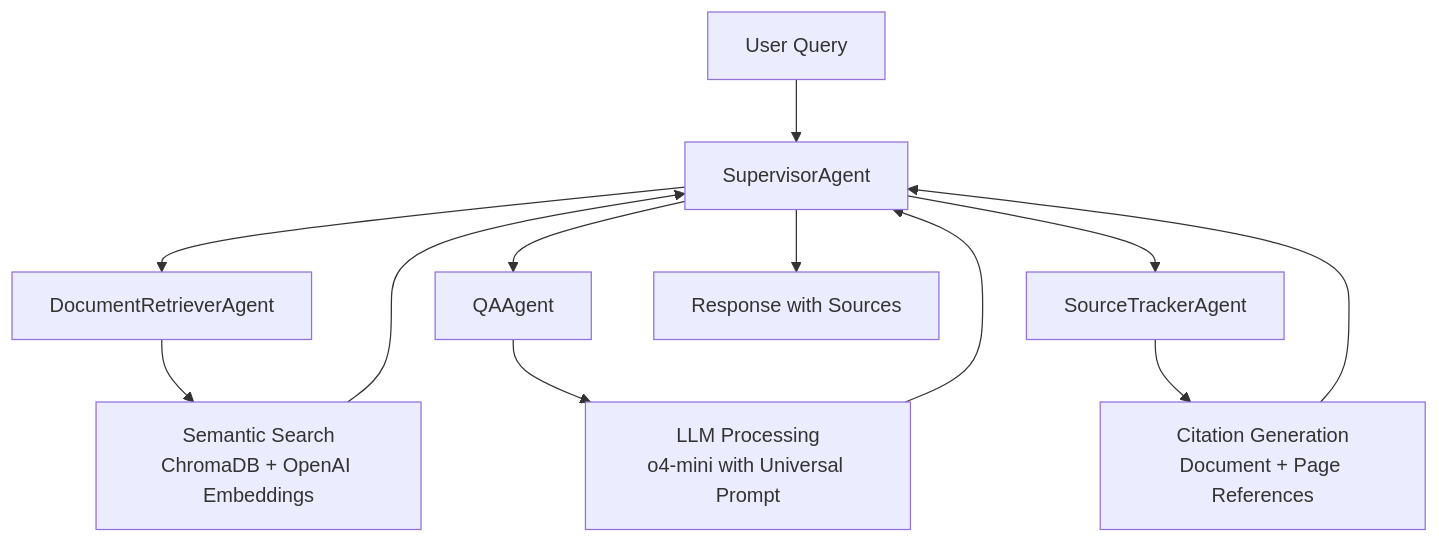
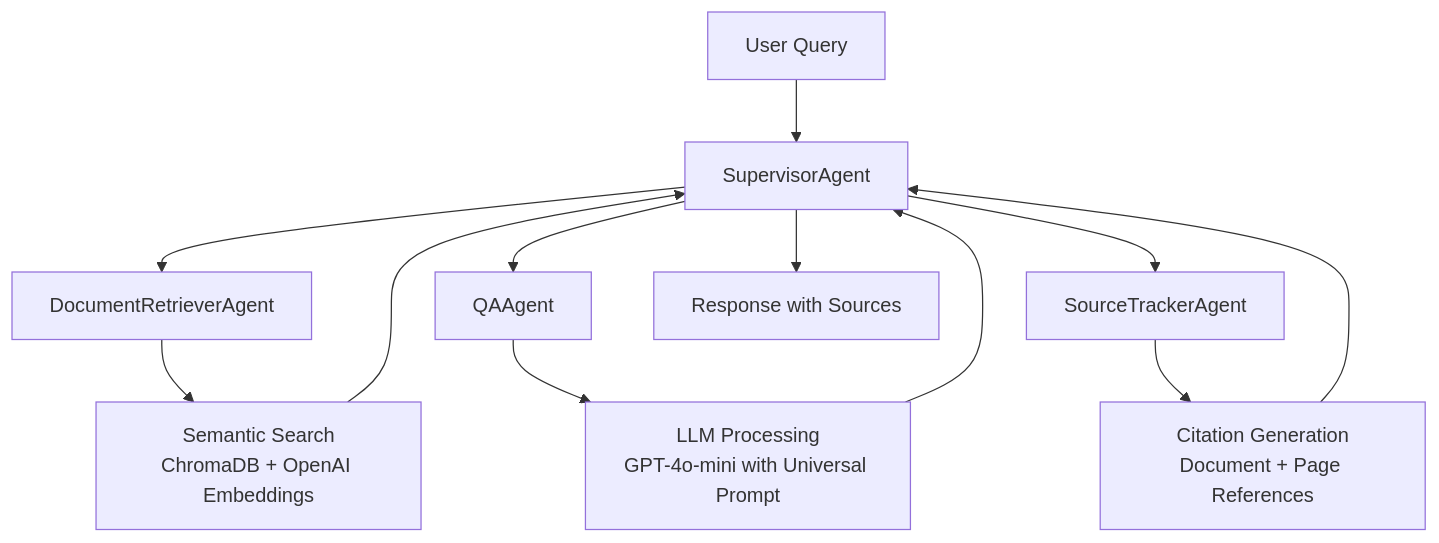
One commit to FethiOmur/LLMetrik changed the second of 3 diagrams in GrantSpider/README.md. Above: the diagram before and after it, drawn with Mermaid. The commit also changed other lines of this file and 28 other files, not shown here.

````diff
--- a/GrantSpider/README.md
+++ b/GrantSpider/README.md
@@ -21,14 +94,14 @@
 ```mermaid
 graph TD
     A[User Query] --> B[SupervisorAgent]
     B --> C[DocumentRetrieverAgent]
     C --> D[Semantic Search<br/>ChromaDB + OpenAI Embeddings]
     D --> B
     B --> E[QAAgent]
-    E --> F[LLM Processing<br/>o4-mini with Universal Prompt]
+    E --> F[LLM Processing<br/>GPT-4o-mini with Universal Prompt]
     F --> B
     B --> G[SourceTrackerAgent]
     G --> H[Citation Generation<br/>Document + Page References]
     H --> B
     B --> I[Response with Sources]
 ```
````
